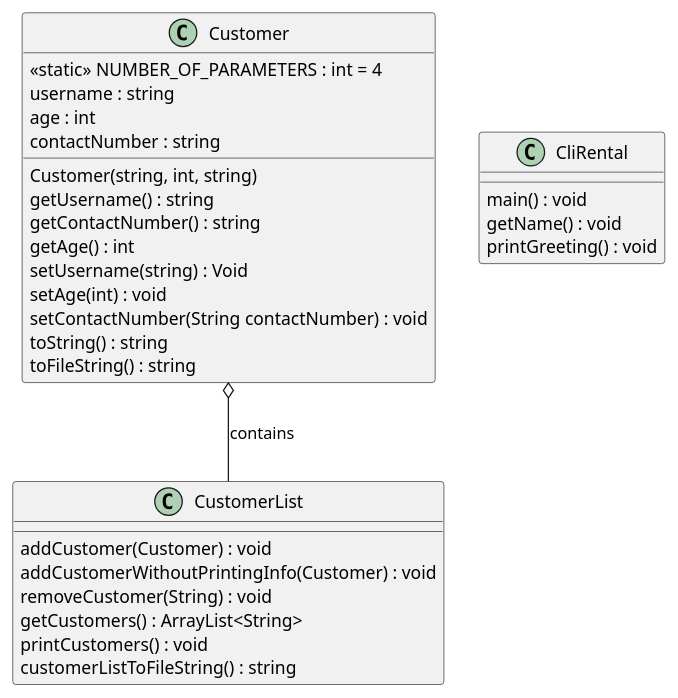
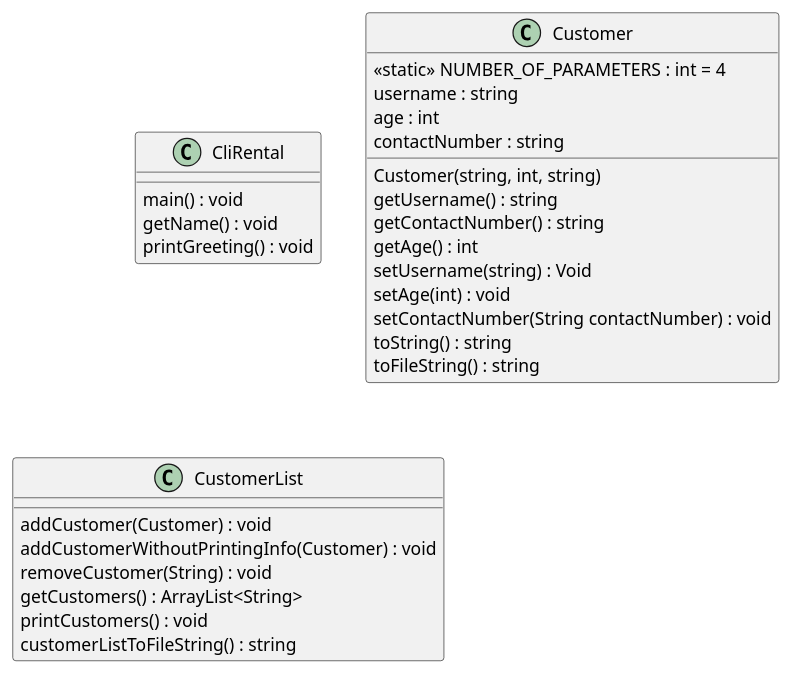
One commit to rexkoh425/tp changed the diagram in docs/UML/CLiRental.puml. Above: the diagram before and after it, drawn with PlantUML. The commit also changed 3 other files, not shown here.

Commit message:
Add Class diagram for file handling

```diff
--- a/docs/UML/CLiRental.puml
+++ b/docs/UML/CLiRental.puml
@@ -1,38 +1,38 @@
 @startuml
 'https://plantuml.com/class-diagram
 
-"Customer" o-- "CustomerList" : contains
+
 
 class CliRental{
     main() : void
     getName() : void
     printGreeting() : void
 }
 
 class Customer{
     <<static>> NUMBER_OF_PARAMETERS : int = 4
     username : string
     age : int
     contactNumber : string
 
     Customer(string, int, string)
     getUsername() : string
     getContactNumber() : string
     getAge() : int
     setUsername(string) : Void
     setAge(int) : void
     setContactNumber(String contactNumber) : void
     toString() : string
     toFileString() : string
 }
 
 class CustomerList{
         addCustomer(Customer) : void
         addCustomerWithoutPrintingInfo(Customer) : void
         removeCustomer(String) : void
         getCustomers() : ArrayList<String>
         printCustomers() : void
         customerListToFileString() : string
 }
 
 @enduml
```
